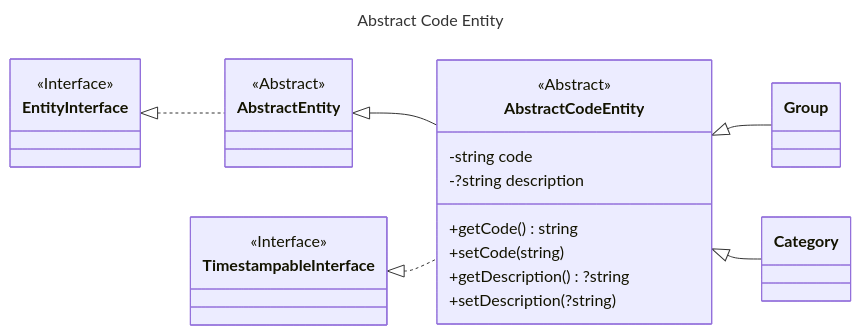
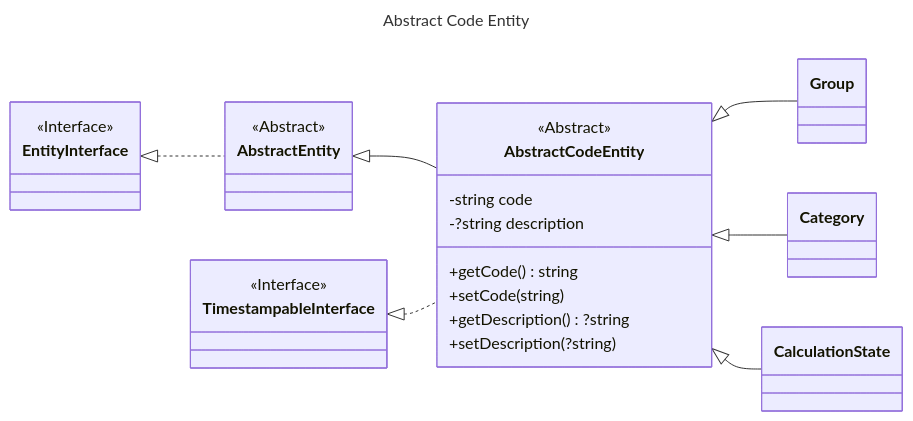
One commit to laurentmuller/calculation changed the diagram in resources/diagrams/abstract_code_entity.mmd. Above: the diagram before and after it, drawn with Mermaid. The commit also changed 20 other files, not shown here.

Commit message:
Updated diagram script.

```diff
--- a/resources/diagrams/abstract_code_entity.mmd
+++ b/resources/diagrams/abstract_code_entity.mmd
@@ -1,40 +1,42 @@
 ---
 title: Abstract Code Entity
 ---
 
 classDiagram
     direction LR
 
     class AbstractCodeEntity {
         <<Abstract>>
         -string code
         -?string description
         +getCode() string
         +setCode(string)
         +getDescription() ?string
         +setDescription(?string)
     }
 
     class AbstractEntity {
         <<Abstract>>
     }
 
     class EntityInterface {
         <<Interface>>
     }
 
     class TimestampableInterface {
         <<Interface>>
     }
 
     EntityInterface <|.. AbstractEntity
     AbstractEntity <|-- AbstractCodeEntity
     TimestampableInterface <|.. AbstractCodeEntity
     AbstractCodeEntity <|-- Group
     AbstractCodeEntity <|-- Category
+    AbstractCodeEntity <|-- CalculationState
 
     click EntityInterface call nodeCallback()
     click TimestampableInterface call nodeCallback()
     click AbstractEntity call nodeCallback()
     click Group call nodeCallback()
     click Category call nodeCallback()
+    click CalculationState call nodeCallback()
```
